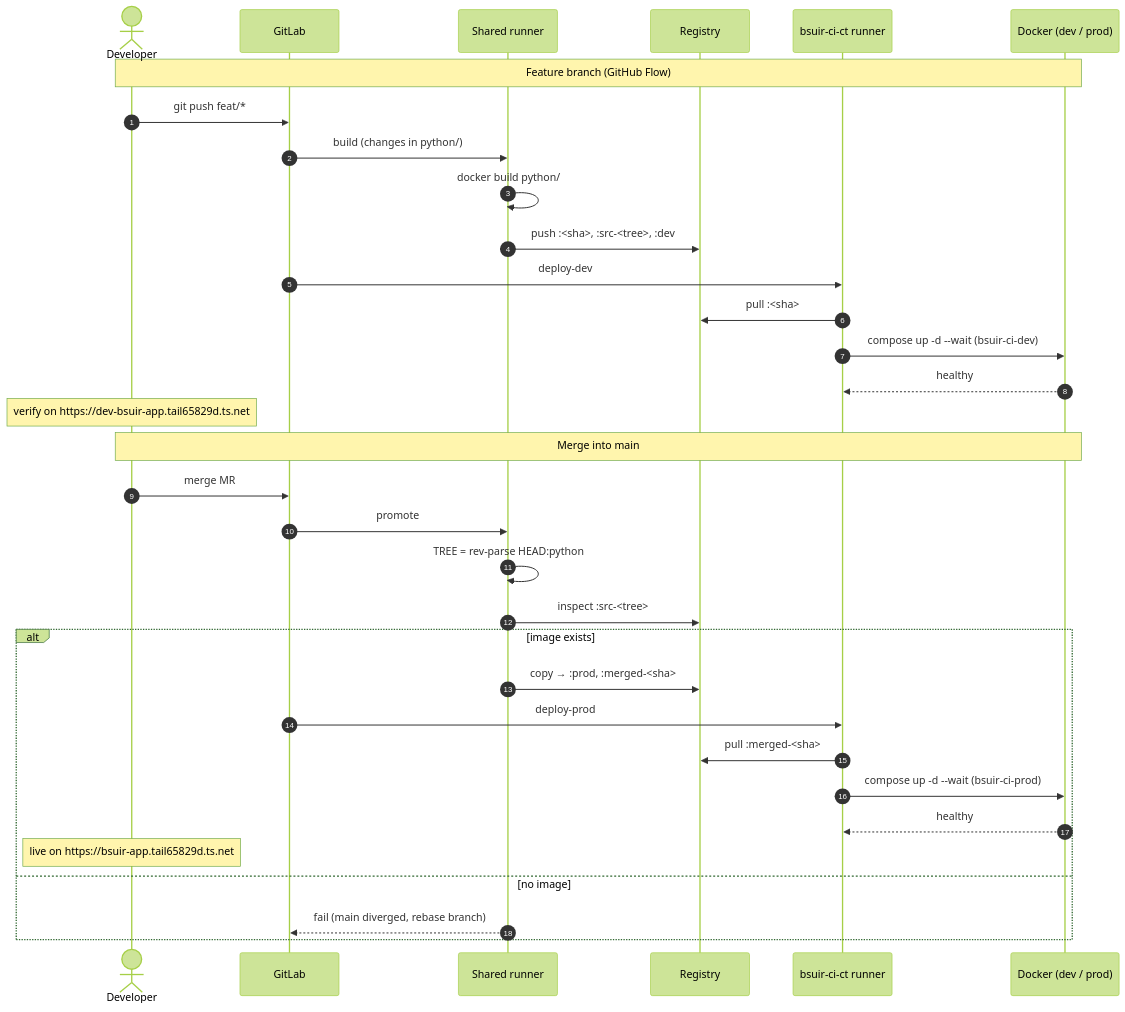
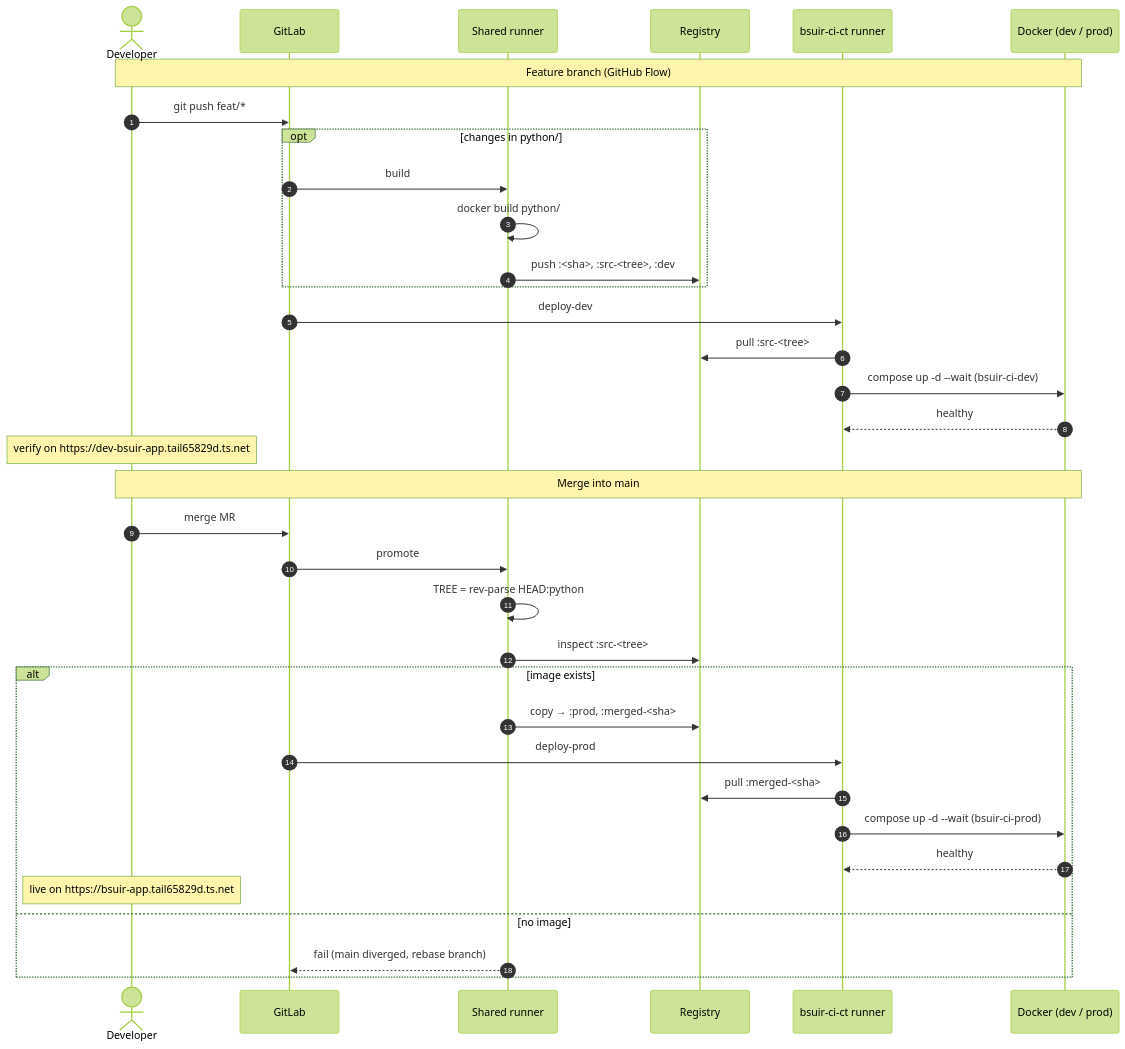
One commit to Tsuyakashi/bsuir-ci changed the second of 5 diagrams in README.md. Above: the diagram before and after it, drawn with Mermaid (forest theme). The commit also changed other lines of this file, not shown here.

````diff
--- a/README.md
+++ b/README.md
@@ -59,37 +64,39 @@
 ```mermaid
 sequenceDiagram
     autonumber
     actor dev as Developer
     participant gl as GitLab
     participant sr as Shared runner
     participant reg as Registry
     participant ct as bsuir-ci-ct runner
     participant app as Docker (dev / prod)
 
     Note over dev,app: Feature branch (GitHub Flow)
     dev->>gl: git push feat/*
-    gl->>sr: build (changes in python/)
-    sr->>sr: docker build python/
-    sr->>reg: push :<sha>, :src-<tree>, :dev
+    opt changes in python/
+        gl->>sr: build
+        sr->>sr: docker build python/
+        sr->>reg: push :<sha>, :src-<tree>, :dev
+    end
     gl->>ct: deploy-dev
-    ct->>reg: pull :<sha>
+    ct->>reg: pull :src-<tree>
     ct->>app: compose up -d --wait (bsuir-ci-dev)
     app-->>ct: healthy
     Note over dev: verify on https://dev-bsuir-app.tail65829d.ts.net
 
     Note over dev,app: Merge into main
     dev->>gl: merge MR
     gl->>sr: promote
     sr->>sr: TREE = rev-parse HEAD:python
     sr->>reg: inspect :src-<tree>
     alt image exists
         sr->>reg: copy → :prod, :merged-<sha>
         gl->>ct: deploy-prod
         ct->>reg: pull :merged-<sha>
         ct->>app: compose up -d --wait (bsuir-ci-prod)
         app-->>ct: healthy
         Note over dev: live on https://bsuir-app.tail65829d.ts.net
     else no image
         sr-->>gl: fail (main diverged, rebase branch)
     end
 ```
````
